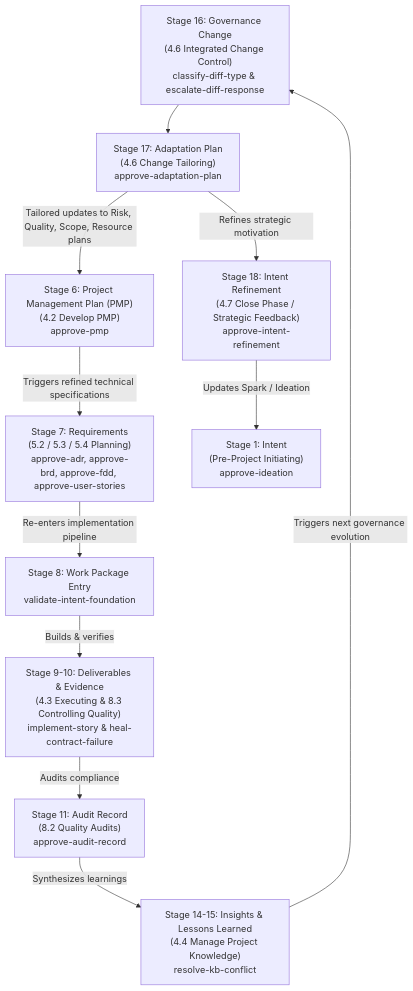
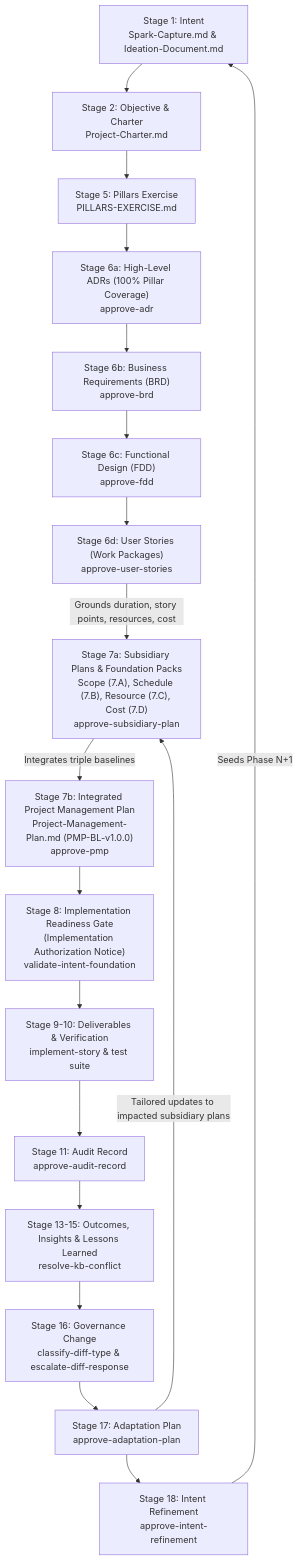
The diagram in docs/chain-coverage.md (mdresch/mxc), drawn with Mermaid before and after one commit. The commit also changed other lines of this file and 269 other files, not shown here.

First line of the commit message:
Formalize PMP-BL-v1.0.0 planning baselines and governance gates.

````diff
--- a/docs/chain-coverage.md
+++ b/docs/chain-coverage.md
@@ -75,13 +90,20 @@
 ```mermaid
 flowchart TD
-    G["Stage 16: Governance Change<br/>(4.6 Integrated Change Control)<br/>classify-diff-type & escalate-diff-response"] --> A["Stage 17: Adaptation Plan<br/>(4.6 Change Tailoring)<br/>approve-adaptation-plan"]
-    A -->|"Tailored updates to Risk, Quality, Scope, Resource plans"| PMP["Stage 6: Project Management Plan (PMP)<br/>(4.2 Develop PMP)<br/>approve-pmp"]
-    PMP -->|"Triggers refined technical specifications"| REQ["Stage 7: Requirements<br/>(5.2 / 5.3 / 5.4 Planning)<br/>approve-adr, approve-brd, approve-fdd, approve-user-stories"]
-    REQ -->|"Re-enters implementation pipeline"| WP["Stage 8: Work Package Entry<br/>validate-intent-foundation"]
-    WP -->|"Builds & verifies"| DEL["Stage 9-10: Deliverables & Evidence<br/>(4.3 Executing & 8.3 Controlling Quality)<br/>implement-story & heal-contract-failure"]
-    DEL -->|"Audits compliance"| AUD["Stage 11: Audit Record<br/>(8.2 Quality Audits)<br/>approve-audit-record"]
-    AUD -->|"Synthesizes learnings"| KB["Stage 14-15: Insights & Lessons Learned<br/>(4.4 Manage Project Knowledge)<br/>resolve-kb-conflict"]
-    KB -->|"Triggers next governance evolution"| G
-    A -->|"Refines strategic motivation"| IR["Stage 18: Intent Refinement<br/>(4.7 Close Phase / Strategic Feedback)<br/>approve-intent-refinement"]
-    IR -->|"Updates Spark / Ideation"| SPARK["Stage 1: Intent<br/>(Pre-Project Initiating)<br/>approve-ideation"]
+    SPARK["Stage 1: Intent<br/>Spark-Capture.md & Ideation-Document.md"] --> CHARTER["Stage 2: Objective & Charter<br/>Project-Charter.md"]
+    CHARTER --> PIL["Stage 5: Pillars Exercise<br/>PILLARS-EXERCISE.md"]
+    PIL --> ADR["Stage 6a: High-Level ADRs (100% Pillar Coverage)<br/>approve-adr"]
+    ADR --> BRD["Stage 6b: Business Requirements (BRD)<br/>approve-brd"]
+    BRD --> FDD["Stage 6c: Functional Design (FDD)<br/>approve-fdd"]
+    FDD --> US["Stage 6d: User Stories (Work Packages)<br/>approve-user-stories"]
+    US -->|"Grounds duration, story points, resources, cost"| SUB["Stage 7a: Subsidiary Plans & Foundation Packs<br/>Scope (7.A), Schedule (7.B), Resource (7.C), Cost (7.D)<br/>approve-subsidiary-plan"]
+    SUB -->|"Integrates triple baselines"| PMP["Stage 7b: Integrated Project Management Plan<br/>Project-Management-Plan.md (PMP-BL-v1.0.0)<br/>approve-pmp"]
+    PMP --> WP["Stage 8: Implementation Readiness Gate<br/>(Implementation Authorization Notice)<br/>validate-intent-foundation"]
+    WP --> DEL["Stage 9-10: Deliverables & Verification<br/>implement-story & test suite"]
+    DEL --> AUD["Stage 11: Audit Record<br/>approve-audit-record"]
+    AUD --> KB["Stage 13-15: Outcomes, Insights & Lessons Learned<br/>resolve-kb-conflict"]
+    KB --> GOV["Stage 16: Governance Change<br/>classify-diff-type & escalate-diff-response"]
+    GOV --> ADAPT["Stage 17: Adaptation Plan<br/>approve-adaptation-plan"]
+    ADAPT -->|"Tailored updates to impacted subsidiary plans"| SUB
+    ADAPT --> REFINE["Stage 18: Intent Refinement<br/>approve-intent-refinement"]
+    REFINE -->|"Seeds Phase N+1"| SPARK
 ```
````
